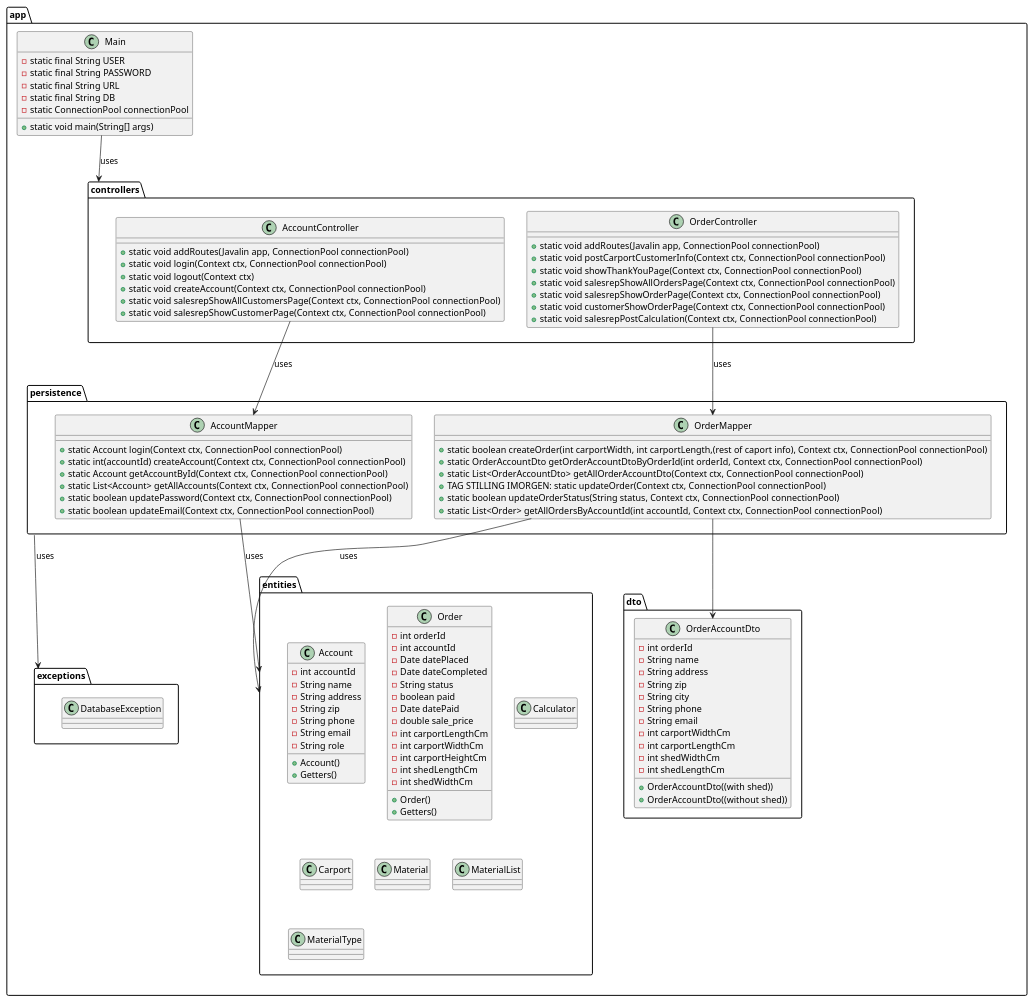
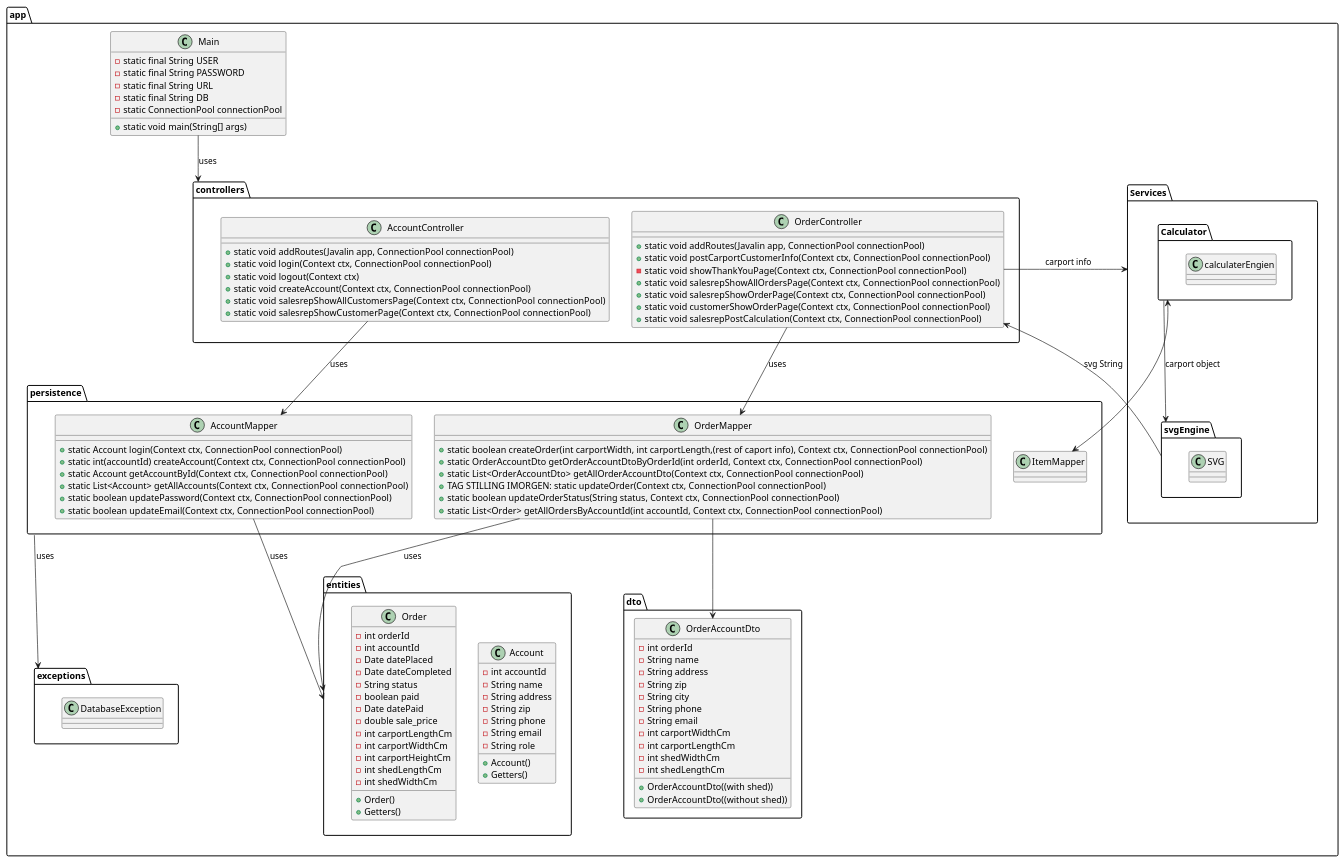
One commit to mrPrimeBeef/FogCarport changed the diagram in src/design/ClassDiagram.puml. Above: the diagram before and after it, drawn with PlantUML.

Commit message:
class diagram update

```diff
--- a/src/design/ClassDiagram.puml
+++ b/src/design/ClassDiagram.puml
@@ -1,155 +1,165 @@
 @startuml
 package app {
 
   class Main {
     - static final String USER
     - static final String PASSWORD
     - static final String URL
     - static final String DB
     - static ConnectionPool connectionPool
     + static void main(String[] args)
 
   }
 
 
   package controllers {
     class AccountController{
     + static void addRoutes(Javalin app, ConnectionPool connectionPool)
     + static void login(Context ctx, ConnectionPool connectionPool)
     + static void logout(Context ctx)
     + static void createAccount(Context ctx, ConnectionPool connectionPool)
     + static void salesrepShowAllCustomersPage(Context ctx, ConnectionPool connectionPool)
     + static void salesrepShowCustomerPage(Context ctx, ConnectionPool connectionPool)
 
 
       }
     class OrderController{
     + static void addRoutes(Javalin app, ConnectionPool connectionPool)
     + static void postCarportCustomerInfo(Context ctx, ConnectionPool connectionPool)
-    + static void showThankYouPage(Context ctx, ConnectionPool connectionPool)
+    - static void showThankYouPage(Context ctx, ConnectionPool connectionPool)
     + static void salesrepShowAllOrdersPage(Context ctx, ConnectionPool connectionPool)
     + static void salesrepShowOrderPage(Context ctx, ConnectionPool connectionPool)
     + static void customerShowOrderPage(Context ctx, ConnectionPool connectionPool)
     + static void salesrepPostCalculation(Context ctx, ConnectionPool connectionPool)
     }
   }
 
   package persistence {
     class AccountMapper{
       + static Account login(Context ctx, ConnectionPool connectionPool)
       + static int(accountId) createAccount(Context ctx, ConnectionPool connectionPool)
       + static Account getAccountById(Context ctx, ConnectionPool connectionPool)
       + static List<Account> getAllAccounts(Context ctx, ConnectionPool connectionPool)
       + static boolean updatePassword(Context ctx, ConnectionPool connectionPool)
       + static boolean updateEmail(Context ctx, ConnectionPool connectionPool)
     }
     class OrderMapper{
     + static boolean createOrder(int carportWidth, int carportLength,(rest of caport info), Context ctx, ConnectionPool connectionPool)
     + static OrderAccountDto getOrderAccountDtoByOrderId(int orderId, Context ctx, ConnectionPool connectionPool)
     + static List<OrderAccountDto> getAllOrderAccountDto(Context ctx, ConnectionPool connectionPool)
     + TAG STILLING IMORGEN: static updateOrder(Context ctx, ConnectionPool connectionPool)
     + static boolean updateOrderStatus(String status, Context ctx, ConnectionPool connectionPool)
     + static List<Order> getAllOrdersByAccountId(int accountId, Context ctx, ConnectionPool connectionPool)
     }
+    class ItemMapper{
+
+    }
+  }
+
+  package Services{
+  package svgEngine {
+  class SVG{
+  }
+  }
+  package Calculator{
+  class calculaterEngien{
+
+  }
+
+  }
   }
 
   package entities{
      class Account{
         - int accountId
         - String name
         - String address
         - String zip
         - String phone
         - String email
         - String role
         + Account()
         + Getters()
      }
 
      class Order {
              -int orderId
              -int accountId
              -Date datePlaced
              -Date dateCompleted
              -String status
              -boolean paid
              -Date datePaid
              -double sale_price
              -int carportLengthCm
              -int carportWidthCm
              -int carportHeightCm
              -int shedLengthCm
              -int shedWidthCm
              +Order()
              +Getters()
          }
 '     class Orderlines {
 '         - int orderNumber
 '         - int cupcakeId
 '         - int quantity
 '         + OrderLines(int orderNumber, int cupcakeId, int quantity)
 '         + int getOrderNumber()
 '         + int getCupcakeId()
 '         + int getQuantity()
 '         + calculateSubtotal(Cupcake cupcake)
 '         + toString()
 '         }
-     class Calculator{
 
-     }
-     class Carport{
-
-     }
-     class Material{
-
-     }
-     class MaterialList{
-
-     }
-     class MaterialType{
-
-     }
   }
 
   package dto {
 
     class OrderAccountDto {
        - int orderId
        - String name
        - String address
        - String zip
        - String city
        - String phone
        - String email
        - int carportWidthCm
        - int carportLengthCm
        - int shedWidthCm
        - int shedLengthCm
        + OrderAccountDto((with shed))
        + OrderAccountDto((without shed))
        }
 
   }
 
   package exceptions {
 
   class DatabaseException{
   }
 
   }
 
 
     Main --> controllers : uses
 
     AccountController --> AccountMapper : uses
     OrderController --> OrderMapper : uses
     OrderMapper --> OrderAccountDto
 
     AccountMapper --> entities : uses
     OrderMapper --> entities : uses
 
     persistence -->  exceptions : uses
 
+    Calculator --> svgEngine : carport object
+
+    svgEngine --> OrderController : svg String
+
+    Calculator <--> ItemMapper
+
+    OrderController --> Services : carport info
+
 
 }
 @enduml
```
